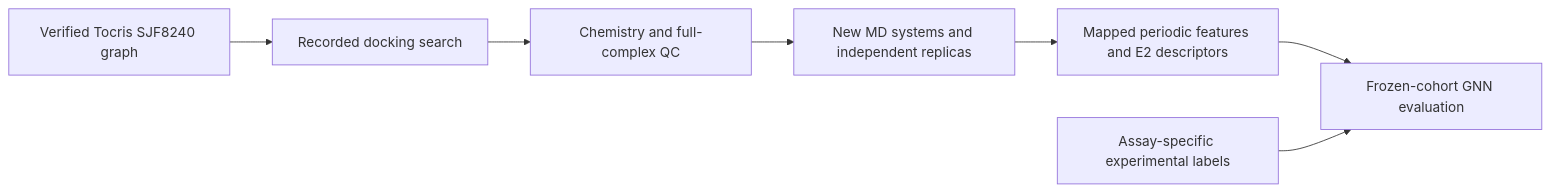
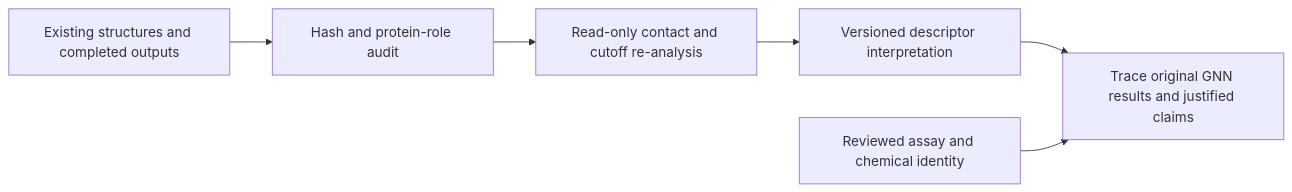
One commit to Ayushregmibagale/10PROTAC-MD changed the diagram in prosettac_robust/SJF8240_RUNBOOK.md. Above: the diagram before and after it, drawn with Mermaid. The commit also changed other lines of this file and 385 other files, not shown here.

Commit message:
Audit retained SJF8240 protein roles and contacts; preserve replayable GNN checkpoints

````diff
--- a/prosettac_robust/SJF8240_RUNBOOK.md
+++ b/prosettac_robust/SJF8240_RUNBOOK.md
@@ -8,9 +8,8 @@
 ```mermaid
 flowchart LR
-  A[Verified Tocris SJF8240 graph] --> B[Recorded docking search]
-  B --> C[Chemistry and full-complex QC]
-  C --> D[New MD systems and independent replicas]
-  D --> E[Mapped periodic features and E2 descriptors]
-  E --> F[Frozen-cohort GNN evaluation]
-  G[Assay-specific experimental labels] --> F
+  A[Existing structures and completed outputs] --> B[Hash and protein-role audit]
+  B --> C[Read-only contact and cutoff re-analysis]
+  C --> D[Versioned descriptor interpretation]
+  D --> E[Trace original GNN results and justified claims]
+  F[Reviewed assay and chemical identity] --> E
 ```
````
